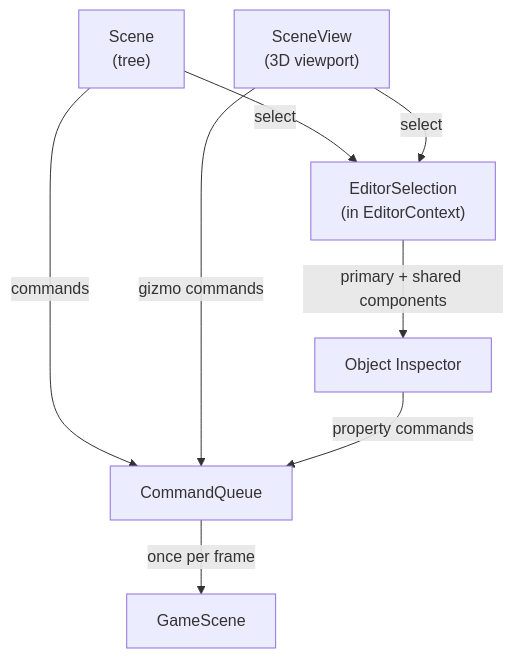
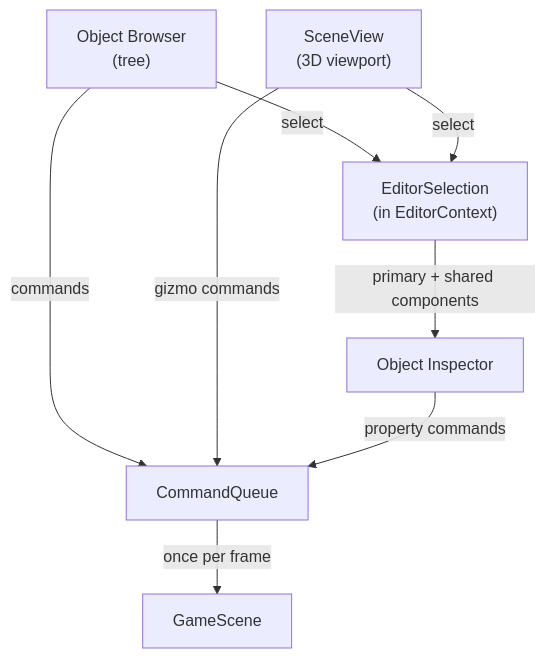
The first of 3 diagrams in Docs/Generated/Engine/07-Editor/Editor-Panels.md (b1nary0/RZE), drawn with Mermaid before and after one commit. The commit also changed other lines of this file and 18 other files, not shown here.

First line of the commit message:
Docs: Object Browser, in-place create and rename, serialized paths, save and init changes

````diff
--- a/Docs/Generated/Engine/07-Editor/Editor-Panels.md
+++ b/Docs/Generated/Engine/07-Editor/Editor-Panels.md
@@ -18,11 +18,11 @@
 ```mermaid
 %%{init: {'flowchart': {'subGraphTitleMargin': {'top': 6, 'bottom': 10}}, 'themeCSS': '.labelBkg, .edgeLabel { background-color: var(--background-primary) !important; } .messageText, .labelText, .loopText { paint-order: stroke; stroke: var(--background-primary); stroke-width: 12px; stroke-linejoin: round; }'}}%%
 flowchart TD
-    Scene["Scene<br/>(tree)"] -->|"select"| Sel["EditorSelection<br/>(in EditorContext)"]
+    OB["Object Browser<br/>(tree)"] -->|"select"| Sel["EditorSelection<br/>(in EditorContext)"]
     SV["SceneView<br/>(3D viewport)"] -->|"select"| Sel
     Sel -->|"primary + shared components"| OI["Object Inspector"]
-    Scene -->|"commands"| Q["CommandQueue"]
+    OB -->|"commands"| Q["CommandQueue"]
     SV -->|"gizmo commands"| Q
     OI -->|"property commands"| Q
     Q -->|"once per frame"| GS["GameScene"]
 ```
````
